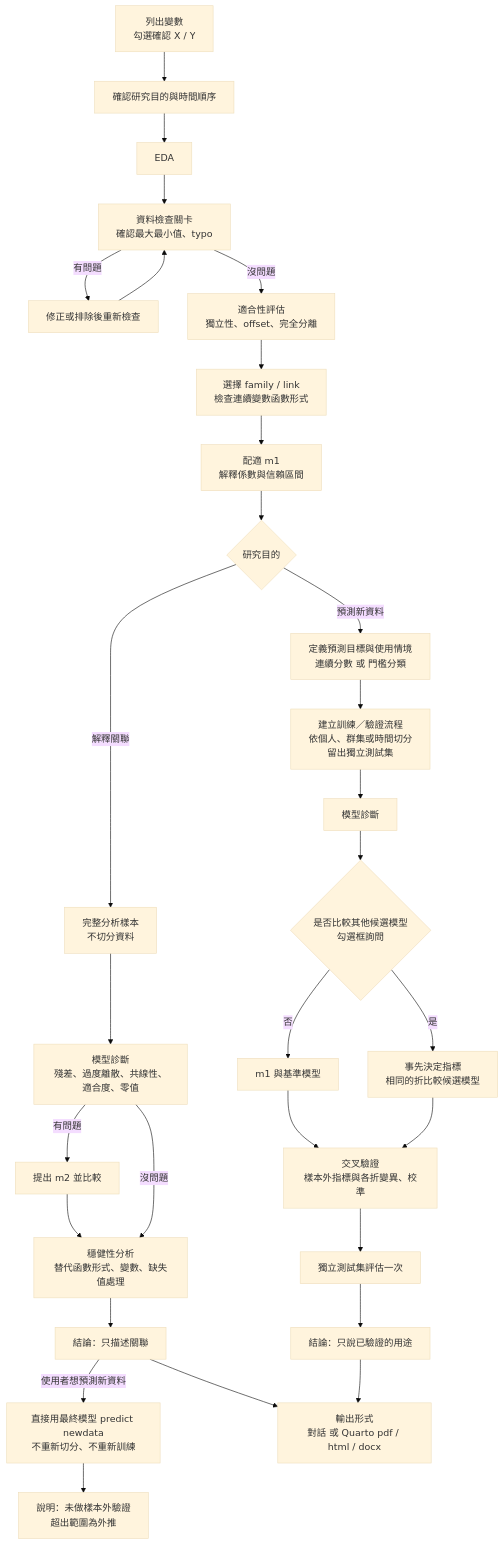
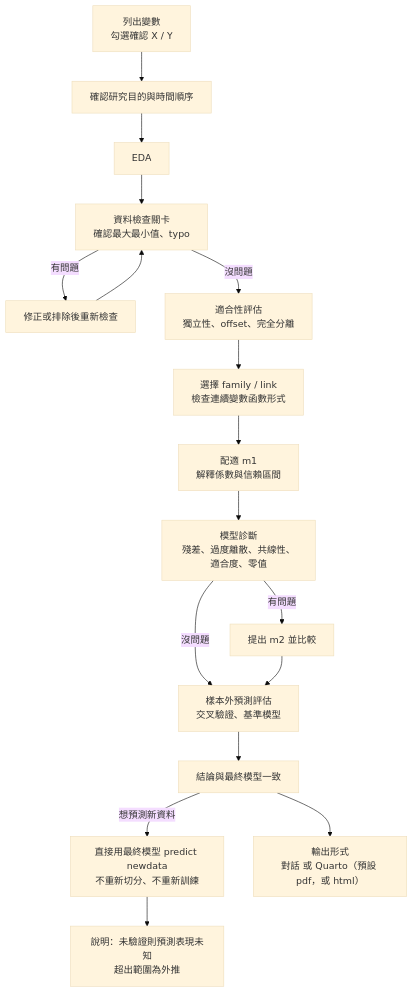
Before and after one commit to tzuhui39/SC3-GLM_Analysis: the diagram in README.md, drawn with Mermaid (base theme). The commit also changed other lines of this file and 3 other files, not shown here.

First line of the commit message:
Revert to single flow, keep predict-new-data note; drop docx; PDF default with code; remove duplicate geometry

````diff
--- a/README.md
+++ b/README.md
@@ -33,35 +22,19 @@
 ```mermaid
 flowchart TD
     A[列出變數<br>勾選確認 X / Y] --> B[確認研究目的與時間順序]
     B --> C[EDA]
     C --> D[資料檢查關卡<br>確認最大最小值、typo]
     D -->|有問題| D1[修正或排除後重新檢查]
     D1 --> D
     D -->|沒問題| E[適合性評估<br>獨立性、offset、完全分離]
     E --> F[選擇 family / link<br>檢查連續變數函數形式]
     F --> G[配適 m1<br>解釋係數與信賴區間]
-    G --> H{研究目的}
-
-    H -->|解釋關聯| I1[完整分析樣本<br>不切分資料]
-    I1 --> I2[模型診斷<br>殘差、過度離散、共線性、適合度、零值]
-    I2 -->|有問題| I3[提出 m2 並比較]
-    I3 --> I4
-    I2 -->|沒問題| I4[穩健性分析<br>替代函數形式、變數、缺失值處理]
-    I4 --> I5[結論：只描述關聯]
-    I5 -->|使用者想預測新資料| P0[直接用最終模型 predict newdata<br>不重新切分、不重新訓練]
-    P0 --> P00[說明：未做樣本外驗證<br>超出範圍為外推]
-
-    H -->|預測新資料| J1[定義預測目標與使用情境<br>連續分數 或 門檻分類]
-    J1 --> J2[建立訓練／驗證流程<br>依個人、群集或時間切分<br>留出獨立測試集]
-    J2 --> J3[模型診斷]
-    J3 --> J4{是否比較其他候選模型<br>勾選框詢問}
-    J4 -->|否| J5[m1 與基準模型]
-    J4 -->|是| J6[事先決定指標<br>相同的折比較候選模型]
-    J5 --> J7
-    J6 --> J7[交叉驗證<br>樣本外指標與各折變異、校準]
-    J7 --> J8[獨立測試集評估一次]
-    J8 --> J9[結論：只說已驗證的用途]
-
-    I5 --> K[輸出形式<br>對話 或 Quarto pdf / html / docx]
-    J9 --> K
+    G --> H[模型診斷<br>殘差、過度離散、共線性、適合度、零值]
+    H -->|有問題| I[提出 m2 並比較]
+    H -->|沒問題| J
+    I --> J[樣本外預測評估<br>交叉驗證、基準模型]
+    J --> K[結論與最終模型一致]
+    K -->|想預測新資料| L[直接用最終模型 predict newdata<br>不重新切分、不重新訓練]
+    L --> M[說明：未驗證則預測表現未知<br>超出範圍為外推]
+    K --> N[輸出形式<br>對話 或 Quarto（預設 pdf，或 html）]
 ```
````
